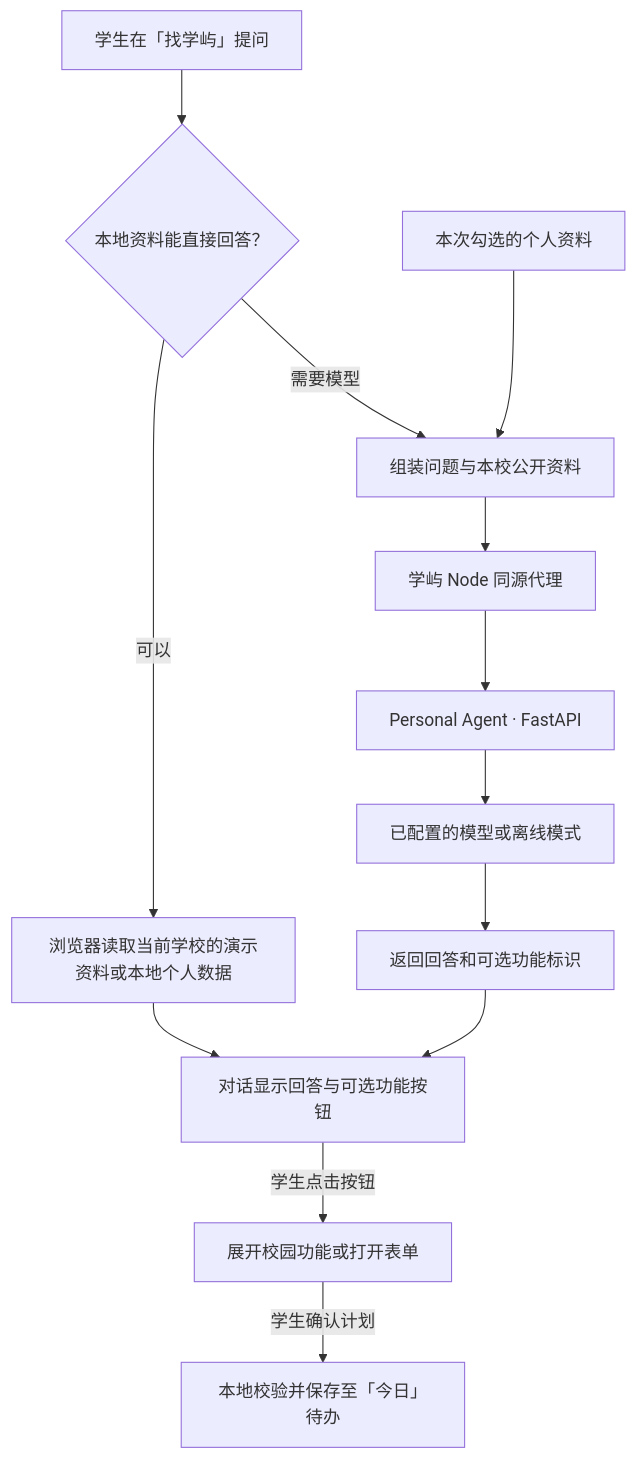
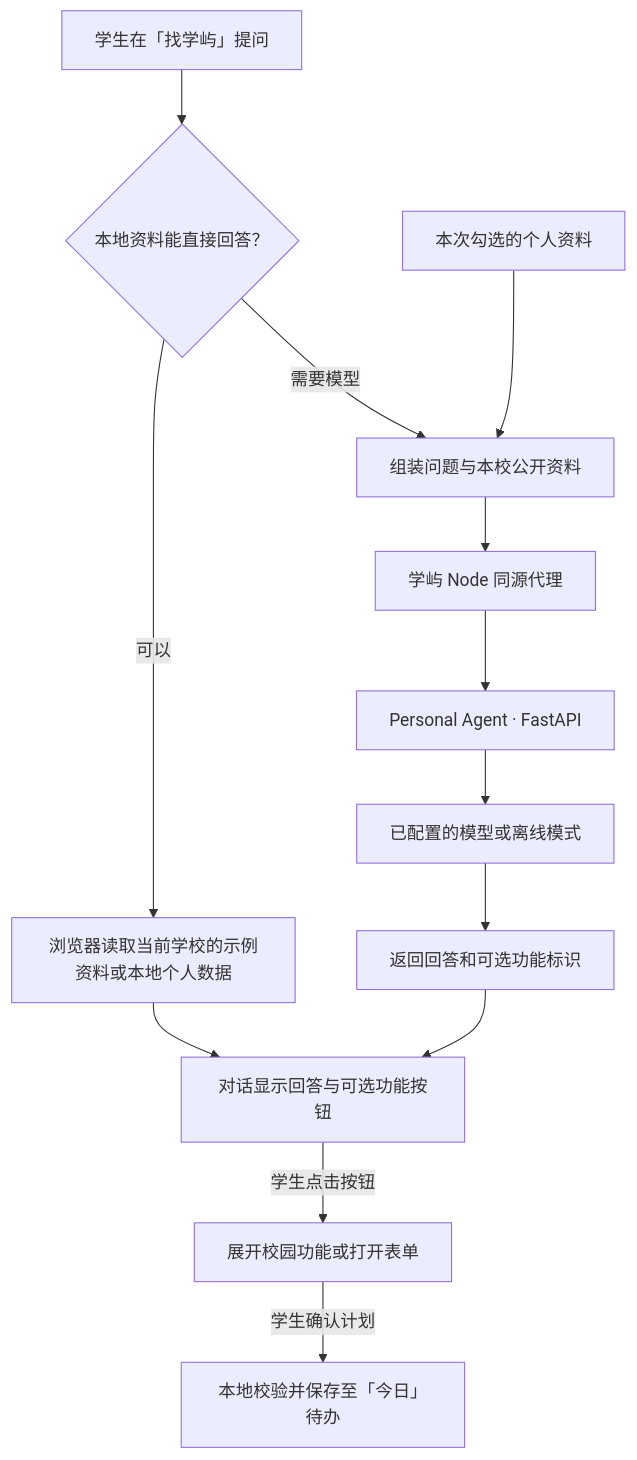
The diagram in README.md (Mat11-oo/Personal-Schedule-Agent-for-campus), drawn with Mermaid before and after one commit. The commit also changed other lines of this file and 4 other files, not shown here.

````diff
--- a/README.md
+++ b/README.md
@@ -133,15 +133,15 @@
 ```mermaid
 flowchart TD
     User["学生在「找学屿」提问"] --> Route{"本地资料能直接回答？"}
-    Route -->|可以| Local["浏览器读取当前学校的演示资料或本地个人数据"]
+    Route -->|可以| Local["浏览器读取当前学校的示例资料或本地个人数据"]
     Route -->|需要模型| Context["组装问题与本校公开资料"]
     Consent["本次勾选的个人资料"] --> Context
     Context --> Proxy["学屿 Node 同源代理"]
     Proxy --> Agent["Personal Agent · FastAPI"]
     Agent --> Model["已配置的模型或离线模式"]
     Model --> Reply["返回回答和可选功能标识"]
     Local --> Chat["对话显示回答与可选功能按钮"]
     Reply --> Chat
     Chat -->|学生点击按钮| Tool["展开校园功能或打开表单"]
     Tool -->|学生确认计划| Todo["本地校验并保存至「今日」待办"]
 ```
````
